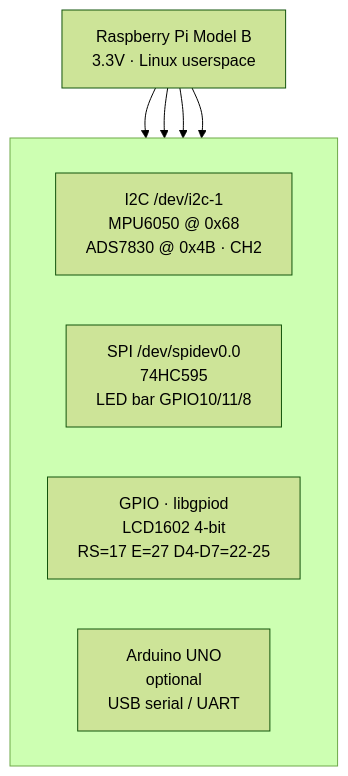
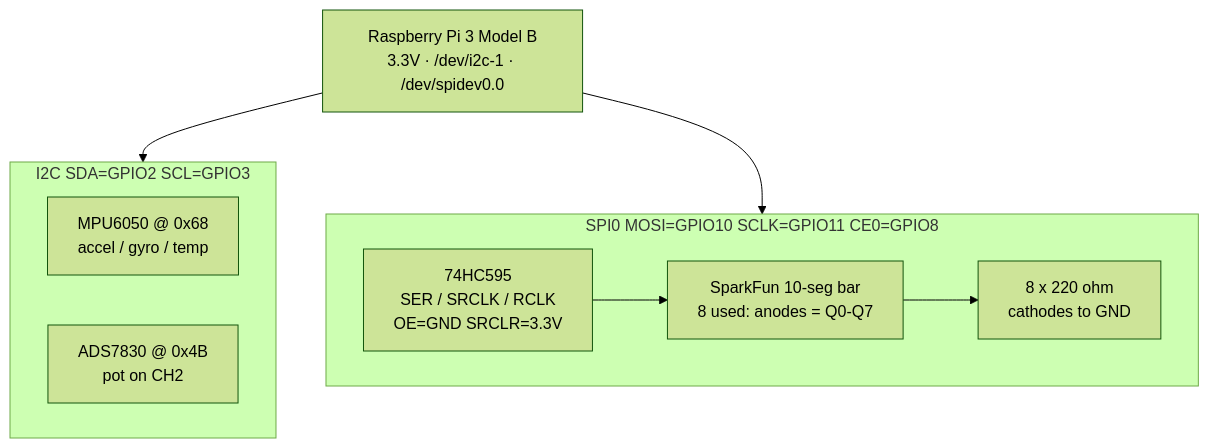
Before and after one commit to eolatuyi/Bus-Applications: the diagram in README.md, drawn with Mermaid (forest theme). The commit also changed other lines of this file and 3 other files, not shown here.

First line of the commit message:
Add 74HC595 LED-bar bring-up and as-built wiring diagram.

````diff
--- a/README.md
+++ b/README.md
@@ -23,17 +28,19 @@
 ```mermaid
 flowchart TB
-  Pi["Raspberry Pi Model B<br/>3.3V · Linux userspace"]
+  Pi["Raspberry Pi 3 Model B<br/>3.3V · /dev/i2c-1 · /dev/spidev0.0"]
 
-  subgraph Peripherals[" "]
-    direction LR
-    I2C["I2C /dev/i2c-1<br/>MPU6050 @ 0x68<br/>ADS7830 @ 0x4B · CH2"]
-    SPI["SPI /dev/spidev0.0<br/>74HC595<br/>LED bar GPIO10/11/8"]
-    GPIO["GPIO · libgpiod<br/>LCD1602 4-bit<br/>RS=17 E=27 D4-D7=22-25"]
-    UNO["Arduino UNO<br/>optional<br/>USB serial / UART"]
+  subgraph I2C["I2C  SDA=GPIO2  SCL=GPIO3"]
+    MPU["MPU6050 @ 0x68<br/>accel / gyro / temp"]
+    ADC["ADS7830 @ 0x4B<br/>pot on CH2"]
+  end
+
+  subgraph SPI["SPI0  MOSI=GPIO10  SCLK=GPIO11  CE0=GPIO8"]
+    SR["74HC595<br/>SER / SRCLK / RCLK<br/>OE=GND  SRCLR=3.3V"]
+    BAR["SparkFun 10-seg bar<br/>8 used: anodes = Q0-Q7"]
+    R["8 x 220 ohm<br/>cathodes to GND"]
+    SR --> BAR --> R
   end
 
   Pi --> I2C
   Pi --> SPI
-  Pi --> GPIO
-  Pi --> UNO
 ```
````
